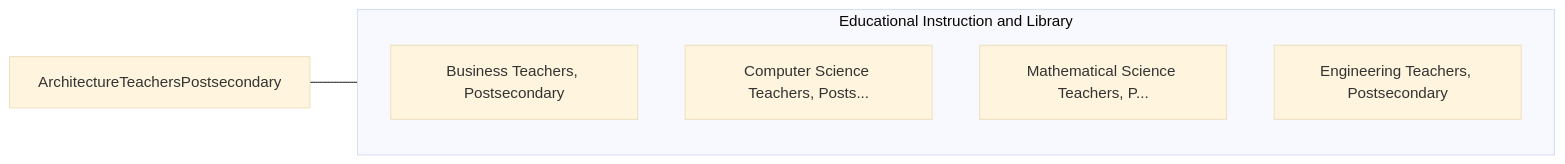
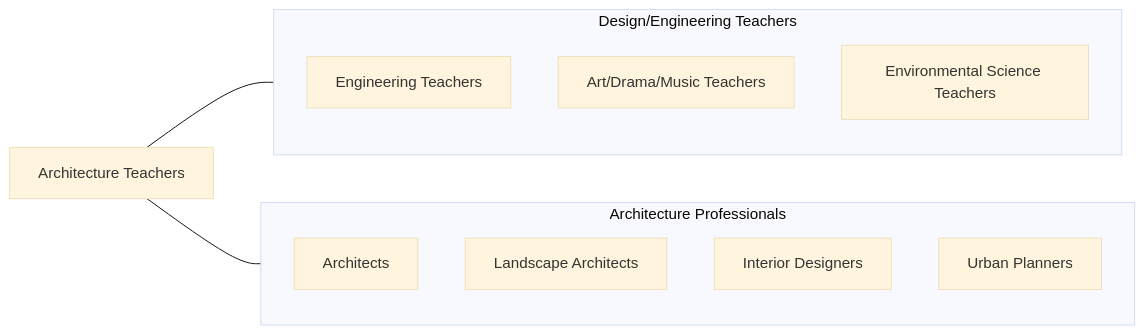
The fourth of 4 diagrams in occupations/Education/ArchitectureTeachersPostsecondary.mdx (kziemski/business.org.ai), drawn with Mermaid (base theme) before and after one commit. The commit also changed other lines of this file and 938 other files, not shown here.

````diff
--- a/occupations/Education/ArchitectureTeachersPostsecondary.mdx
+++ b/occupations/Education/ArchitectureTeachersPostsecondary.mdx
@@ -96,13 +170,20 @@
 ```mermaid
 graph LR
-    Current["ArchitectureTeachersPostsecondary"]
+    Current["Architecture Teachers"]
 
-    subgraph SameCategory["Educational Instruction and Library"]
-        BusinessTeachersPost["Business Teachers, Postsecondary"]
-        ComputerScienceTeach["Computer Science Teachers, Posts..."]
-        MathematicalScienceT["Mathematical Science Teachers, P..."]
-        EngineeringTeachersP["Engineering Teachers, Postsecondary"]
+    subgraph SameCategory["Design/Engineering Teachers"]
+        Engineering["Engineering Teachers"]
+        ArtDrama["Art/Drama/Music Teachers"]
+        EnvSci["Environmental Science Teachers"]
+    end
+
+    subgraph CrossFunctional["Architecture Professionals"]
+        Architects["Architects"]
+        LandscapeArch["Landscape Architects"]
+        InteriorDesign["Interior Designers"]
+        UrbanPlanners["Urban Planners"]
     end
 
     Current --- SameCategory
+    Current --- CrossFunctional
 ```
````
